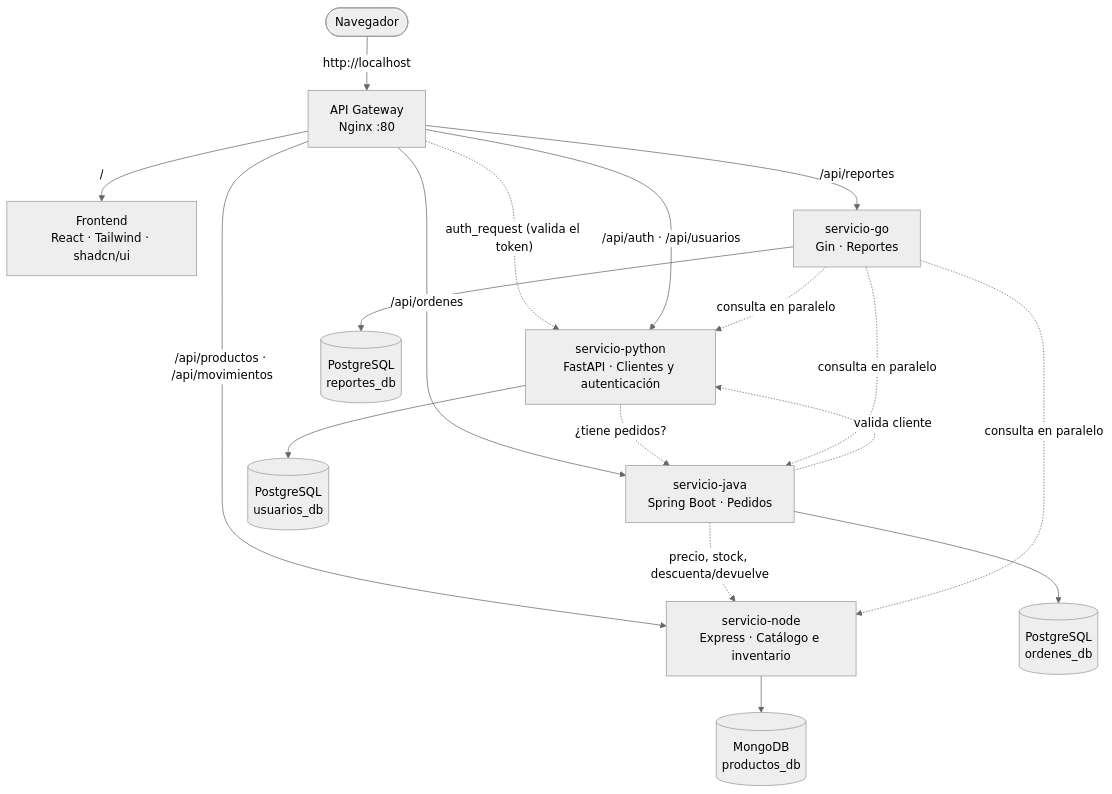
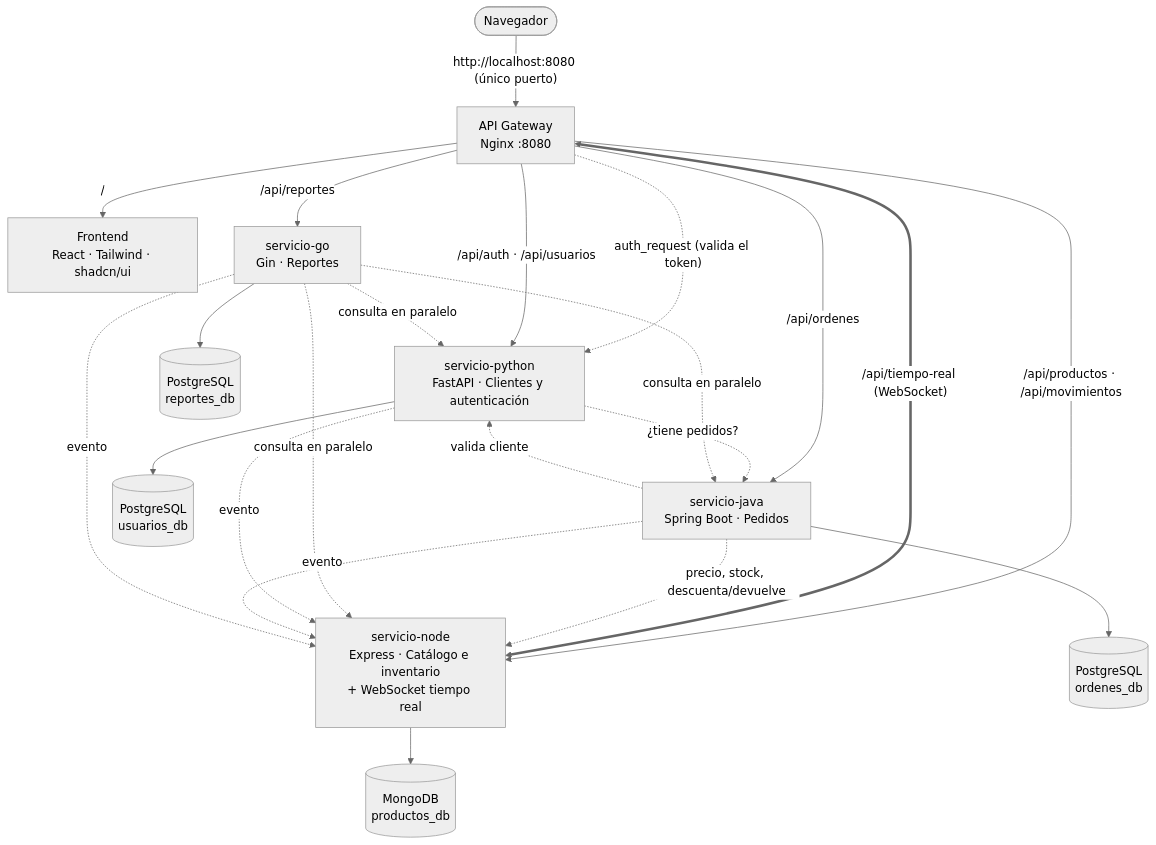
One commit to stvnalc/mercaujap-microservicios changed the diagram in README.md. Above: the diagram before and after it, drawn with Mermaid (neutral theme). The commit also changed other lines of this file and 63 other files, not shown here.

````diff
--- a/README.md
+++ b/README.md
@@ -57,22 +67,26 @@
 ```mermaid
 flowchart TB
-    U([Navegador]) -->|http://localhost| GW[API Gateway<br/>Nginx :80]
+    U([Navegador]) -->|"http://localhost:8080 (único puerto)"| GW[API Gateway<br/>Nginx :8080]
     GW -->|/| FE[Frontend<br/>React · Tailwind · shadcn/ui]
     GW -. "auth_request (valida el token)" .-> PY
     GW -->|/api/auth · /api/usuarios| PY[servicio-python<br/>FastAPI · Clientes y autenticación]
-    GW -->|/api/productos · /api/movimientos| ND[servicio-node<br/>Express · Catálogo e inventario]
+    GW -->|/api/productos · /api/movimientos| ND[servicio-node<br/>Express · Catálogo e inventario<br/>+ WebSocket tiempo real]
+    GW <==>|"/api/tiempo-real (WebSocket)"| ND
     GW -->|/api/ordenes| JV[servicio-java<br/>Spring Boot · Pedidos]
     GW -->|/api/reportes| GO[servicio-go<br/>Gin · Reportes]
 
     JV -. valida cliente .-> PY
     JV -. "precio, stock, descuenta/devuelve" .-> ND
     PY -. "¿tiene pedidos?" .-> JV
     GO -. consulta en paralelo .-> PY
     GO -. consulta en paralelo .-> ND
     GO -. consulta en paralelo .-> JV
+    PY -. "evento" .-> ND
+    JV -. "evento" .-> ND
+    GO -. "evento" .-> ND
 
     PY --> PG[(PostgreSQL<br/>usuarios_db)]
     JV --> PG2[(PostgreSQL<br/>ordenes_db)]
     GO --> PG3[(PostgreSQL<br/>reportes_db)]
     ND --> MG[(MongoDB<br/>productos_db)]
 ```
````
